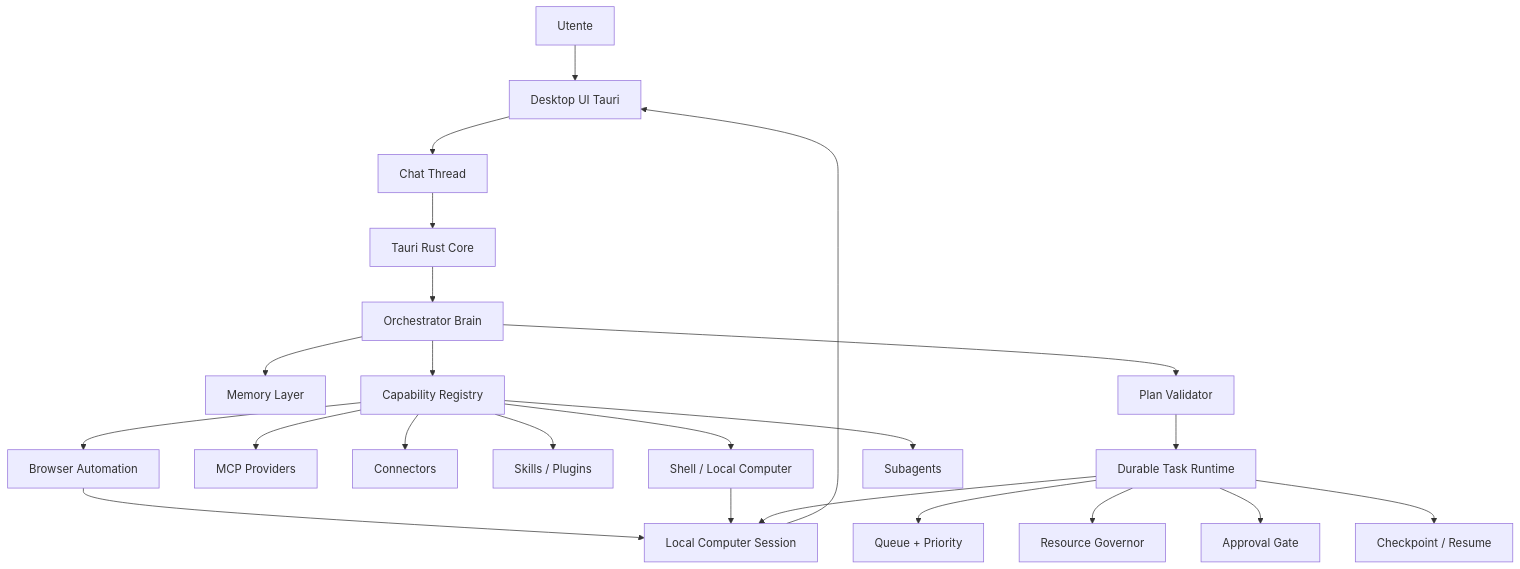
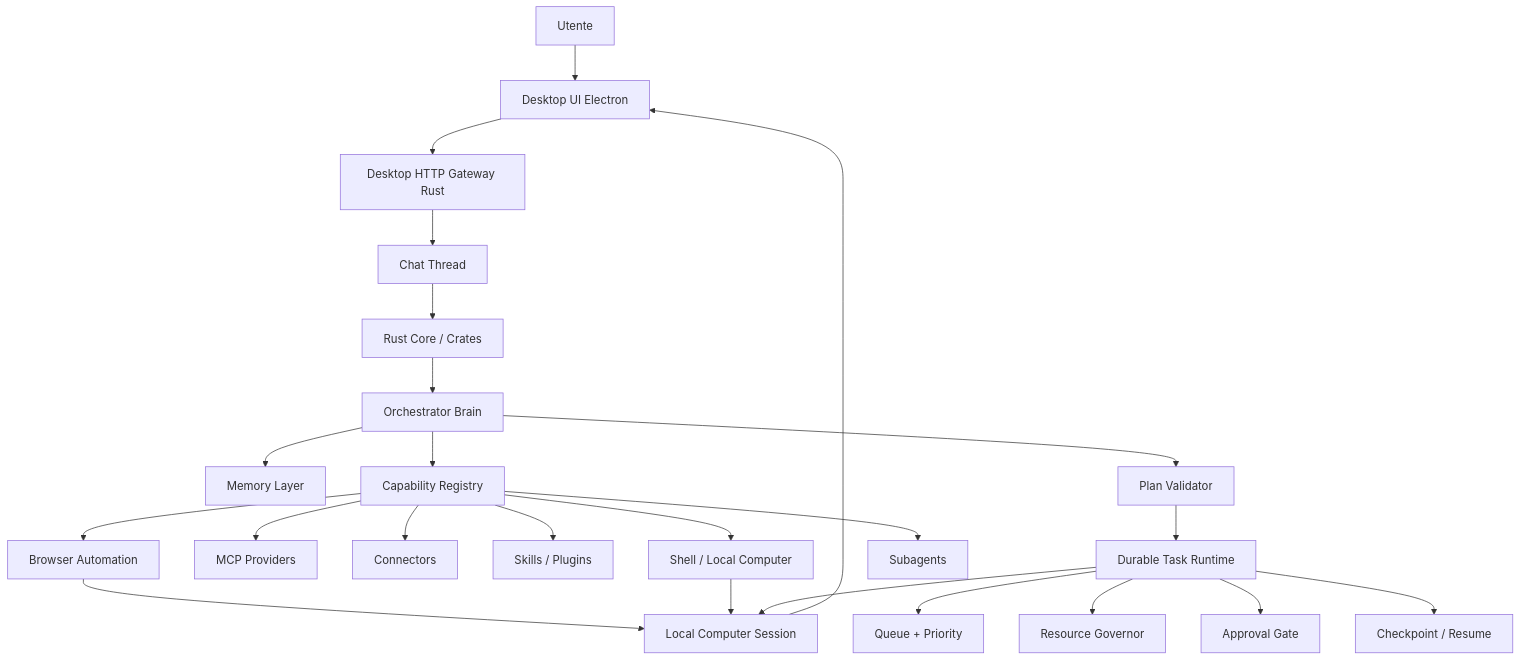
Before and after one commit to homun-app/homun-core: the diagram in docs/architecture/system-map.md, drawn with Mermaid. The commit also changed other lines of this file and 166 other files, not shown here.

````diff
--- a/docs/architecture/system-map.md
+++ b/docs/architecture/system-map.md
@@ -29,29 +29,30 @@
 ```mermaid
 flowchart TD
-  U["Utente"] --> UI["Desktop UI Tauri"]
-  UI --> Thread["Chat Thread"]
-  Thread --> Core["Tauri Rust Core"]
+  U["Utente"] --> UI["Desktop UI Electron"]
+  UI --> Gateway["Desktop HTTP Gateway Rust"]
+  Gateway --> Thread["Chat Thread"]
+  Thread --> Core["Rust Core / Crates"]
   Core --> Brain["Orchestrator Brain"]
 
   Brain --> Memory["Memory Layer"]
   Brain --> Registry["Capability Registry"]
   Brain --> Planner["Plan Validator"]
   Planner --> Tasks["Durable Task Runtime"]
 
   Registry --> MCP["MCP Providers"]
   Registry --> Connectors["Connectors"]
   Registry --> Skills["Skills / Plugins"]
   Registry --> Browser["Browser Automation"]
   Registry --> Shell["Shell / Local Computer"]
   Registry --> Subagents["Subagents"]
 
   Tasks --> Queue["Queue + Priority"]
   Tasks --> Resources["Resource Governor"]
   Tasks --> Approval["Approval Gate"]
   Tasks --> Checkpoints["Checkpoint / Resume"]
 
   Browser --> Computer["Local Computer Session"]
   Shell --> Computer
   Tasks --> Computer
   Computer --> UI
 ```
````
